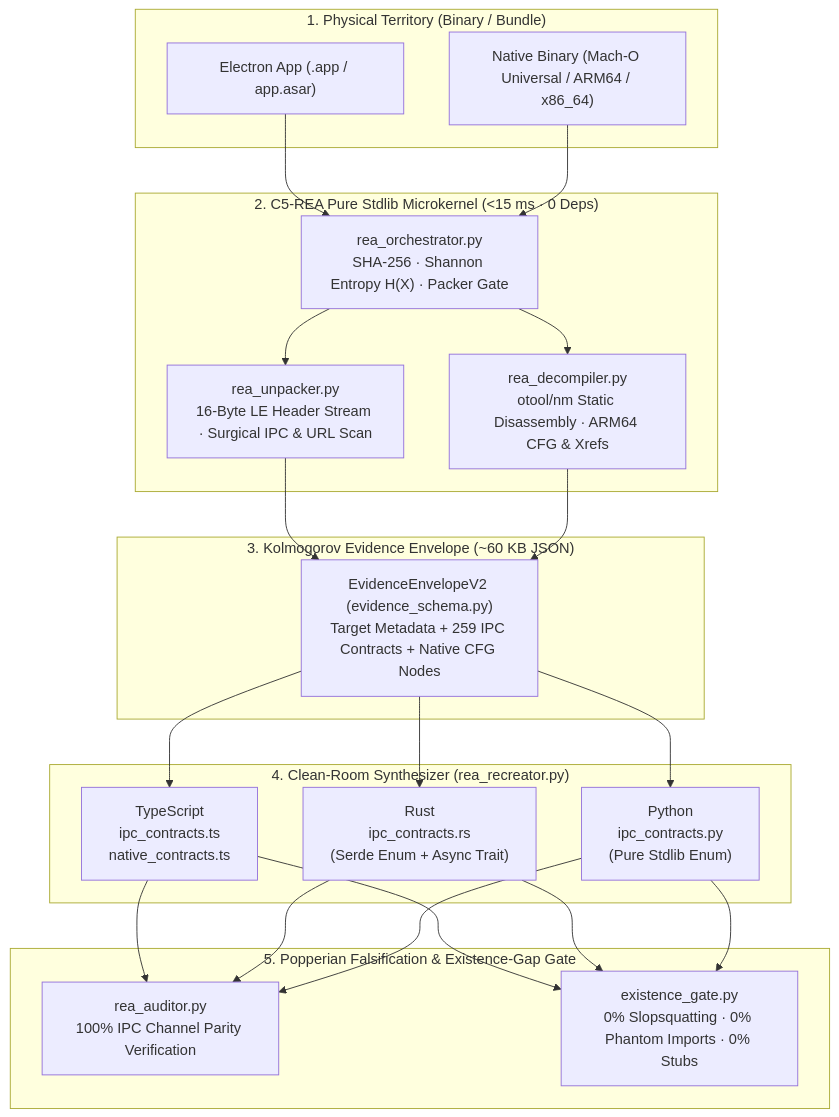
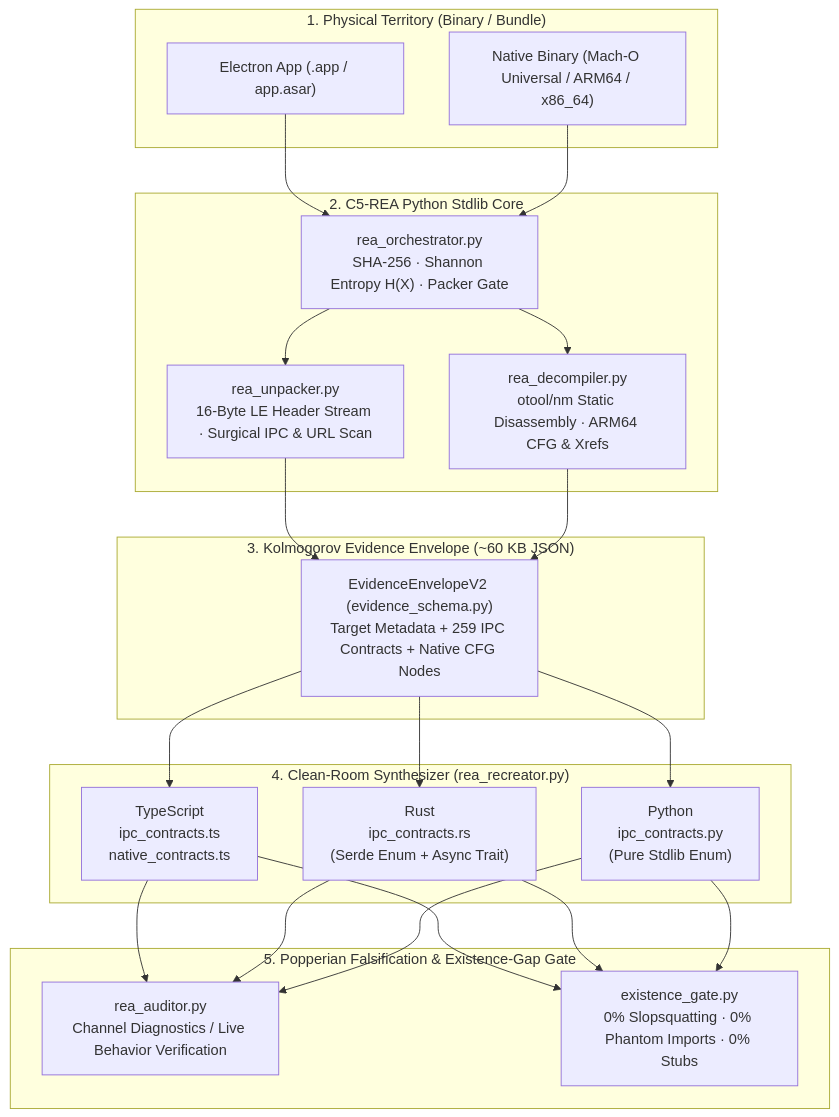
One commit to borjamoskv/c5-rea changed the diagram in README.md. Above: the diagram before and after it, drawn with Mermaid. The commit also changed other lines of this file and 22 other files, not shown here.

````diff
--- a/README.md
+++ b/README.md
@@ -38,34 +38,34 @@
 ```mermaid
 flowchart TD
     subgraph Target["1. Physical Territory (Binary / Bundle)"]
         A1["Electron App (.app / app.asar)"]
         A2["Native Binary (Mach-O Universal / ARM64 / x86_64)"]
     end
 
-    subgraph Kernel["2. C5-REA Pure Stdlib Microkernel (<15 ms · 0 Deps)"]
+    subgraph Kernel["2. C5-REA Python Stdlib Core"]
         B1["rea_orchestrator.py\nSHA-256 · Shannon Entropy H(X) · Packer Gate"]
         B2["rea_unpacker.py\n16-Byte LE Header Stream · Surgical IPC & URL Scan"]
         B3["rea_decompiler.py\notool/nm Static Disassembly · ARM64 CFG & Xrefs"]
     end
 
     subgraph Envelope["3. Kolmogorov Evidence Envelope (~60 KB JSON)"]
         C1["EvidenceEnvelopeV2 (evidence_schema.py)\nTarget Metadata + 259 IPC Contracts + Native CFG Nodes"]
     end
 
     subgraph Synthesis["4. Clean-Room Synthesizer (rea_recreator.py)"]
         D1["TypeScript\nipc_contracts.ts\nnative_contracts.ts"]
         D2["Rust\nipc_contracts.rs\n(Serde Enum + Async Trait)"]
         D3["Python\nipc_contracts.py\n(Pure Stdlib Enum)"]
     end
 
     subgraph Firewall["5. Popperian Falsification & Existence-Gap Gate"]
-        E1["rea_auditor.py\n100% IPC Channel Parity Verification"]
+        E1["rea_auditor.py\nChannel Diagnostics / Live Behavior Verification"]
         E2["existence_gate.py\n0% Slopsquatting · 0% Phantom Imports · 0% Stubs"]
     end
 
     A1 & A2 --> B1
     B1 --> B2 & B3
     B2 & B3 --> C1
     C1 --> D1 & D2 & D3
     D1 & D2 & D3 --> E1 & E2
 ```
````
